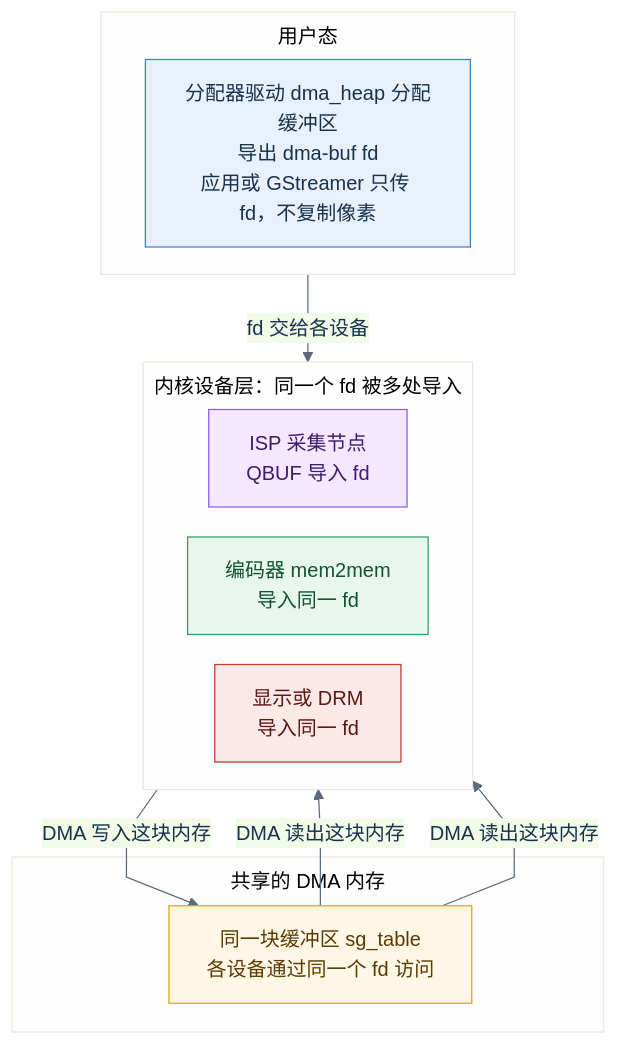
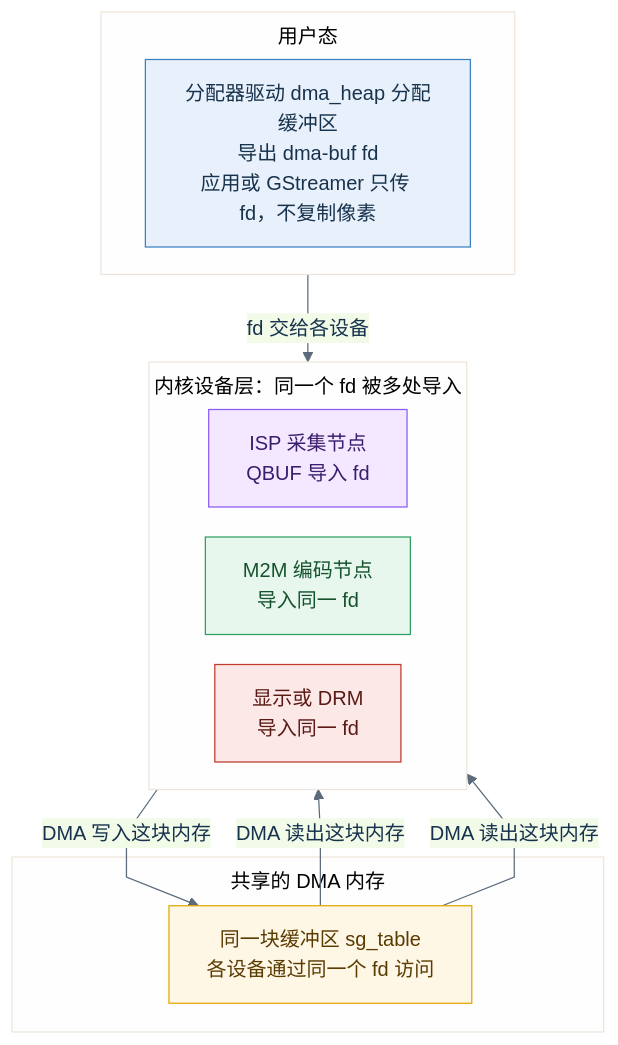
Before and after one commit to DeguiLiu/tech-notes: the fourth of 9 diagrams in content/posts/architecture/soc_video_pipeline_v4l2_dma_buf.md, drawn with Mermaid. The commit also changed other lines of this file, not shown here.

````diff
--- a/content/posts/architecture/soc_video_pipeline_v4l2_dma_buf.md
+++ b/content/posts/architecture/soc_video_pipeline_v4l2_dma_buf.md
@@ -355,25 +355,25 @@
 ```mermaid
 %%{init: {'theme':'base','flowchart':{'nodeSpacing':24,'rankSpacing':46,'curve':'linear','subGraphTitleMargin':{'top':8,'bottom':8}},'themeVariables':{'primaryColor':'#E8F1FB','primaryTextColor':'#17324D','primaryBorderColor':'#3B82C4','lineColor':'#5B6B7C'}}}%%
 flowchart TB
   subgraph USR["用户态"]
     U1["分配器驱动 dma_heap 分配缓冲区<br/>导出 dma-buf fd<br/>应用或 GStreamer 只传 fd，不复制像素"]:::app
   end
   subgraph DEV["内核设备层：同一个 fd 被多处导入"]
     direction LR
     D1["ISP 采集节点<br/>QBUF 导入 fd"]:::drv
-    D2["编码器 mem2mem<br/>导入同一 fd"]:::core
+    D2["M2M 编码节点<br/>导入同一 fd"]:::core
     D3["显示或 DRM<br/>导入同一 fd"]:::dev
   end
   subgraph MEM["共享的 DMA 内存"]
     M1["同一块缓冲区 sg_table<br/>各设备通过同一个 fd 访问"]:::buf
   end
   USR -->|"fd 交给各设备"| DEV
   D1 -->|"DMA 写入这块内存"| M1
   M1 -->|"DMA 读出这块内存"| D2
   M1 -->|"DMA 读出这块内存"| D3
   classDef app fill:#E8F1FB,stroke:#3B82C4,color:#17324D
   classDef core fill:#E7F7EE,stroke:#2F9E63,color:#14532D
   classDef drv fill:#F3E8FF,stroke:#8B5CF6,color:#3B1D6E
   classDef dev fill:#FDE8E8,stroke:#C0392B,color:#5A1A14
   classDef buf fill:#FFF7E6,stroke:#E0A800,color:#5A3B00
 ```
````
